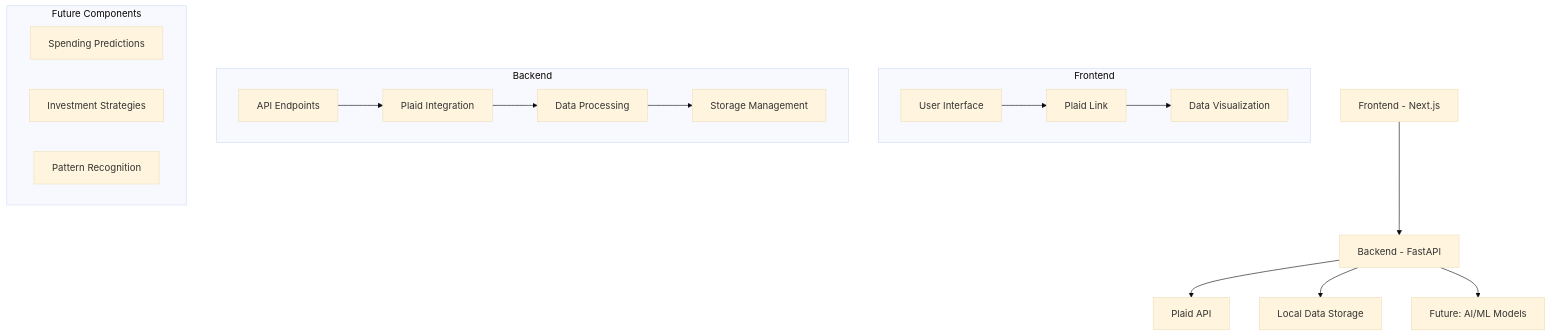
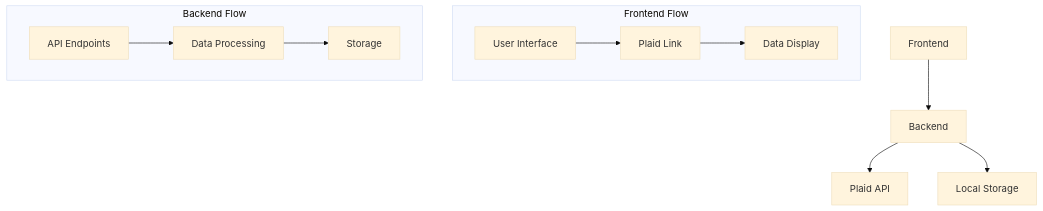
One commit to Waye/BanksFlow changed the diagram in readme.md. Above: the diagram before and after it, drawn with Mermaid (base theme). The commit also changed other lines of this file, not shown here.

````diff
--- a/readme.md
+++ b/readme.md
@@ -32,24 +77,16 @@
 ```mermaid
 graph TD
-    A[Frontend - Next.js] --> B[Backend - FastAPI]
+    A[Frontend] --> B[Backend]
     B --> C[Plaid API]
-    B --> D[Local Data Storage]
-    B --> E[Future: AI/ML Models]
+    B --> D[Local Storage]
     
-    subgraph Frontend
+    subgraph Frontend Flow
         A1[User Interface] --> A2[Plaid Link]
-        A2 --> A3[Data Visualization]
+        A2 --> A3[Data Display]
     end
     
-    subgraph Backend
-        B1[API Endpoints] --> B2[Plaid Integration]
-        B2 --> B3[Data Processing]
-        B3 --> B4[Storage Management]
-    end
-    
-    subgraph Future Components
-        E1[Spending Predictions]
-        E2[Investment Strategies]
-        E3[Pattern Recognition]
+    subgraph Backend Flow
+        B1[API Endpoints] --> B2[Data Processing]
+        B2 --> B3[Storage]
     end
 ```
````
